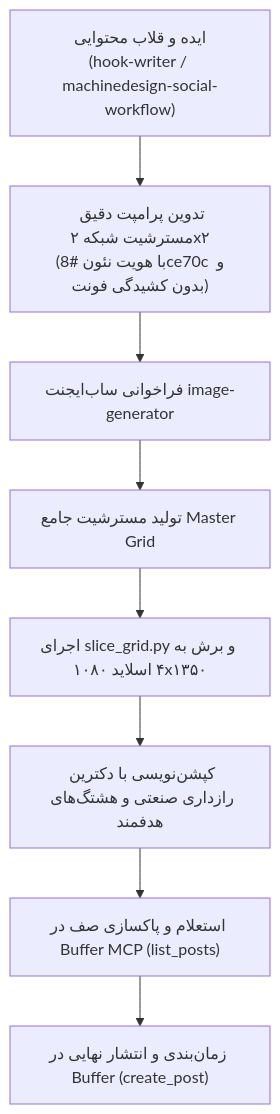
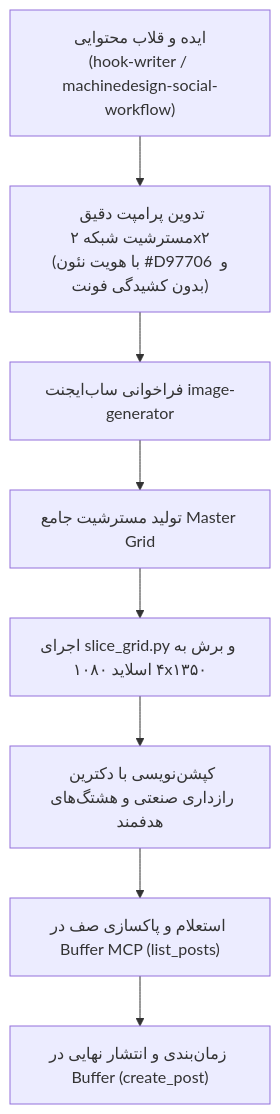
The diagram in specs/004-social-media-content-engine/plan.md (GreatFooliao111/machinedesign-wp), drawn with Mermaid before and after one commit. The commit also changed 59 other files, not shown here.

````diff
--- a/specs/004-social-media-content-engine/plan.md
+++ b/specs/004-social-media-content-engine/plan.md
@@ -32,10 +32,10 @@
 ```mermaid
 flowchart TD
-    A["ایده و قلاب محتوایی<br/>(hook-writer / machinedesign-social-workflow)"] --> B["تدوین پرامپت دقیق مسترشیت شبکه ۲x۲<br/>(با هویت نئون #8ce70c و بدون کشیدگی فونت)"]
+    A["ایده و قلاب محتوایی<br/>(hook-writer / machinedesign-social-workflow)"] --> B["تدوین پرامپت دقیق مسترشیت شبکه ۲x۲<br/>(با هویت نئون #D97706 و بدون کشیدگی فونت)"]
     B --> C["فراخوانی ساب‌ایجنت image-generator"]
     C --> D["تولید مسترشیت جامع Master Grid"]
     D --> E["اجرای slice_grid.py و برش به ۴ اسلاید ۱۰۸۰x۱۳۵۰"]
     E --> F["کپشن‌نویسی با دکترین رازداری صنعتی و هشتگ‌های هدفمند"]
     F --> G["استعلام و پاکسازی صف در Buffer MCP (list_posts)"]
     G --> H["زمان‌بندی و انتشار نهایی در Buffer (create_post)"]
 ```
````
